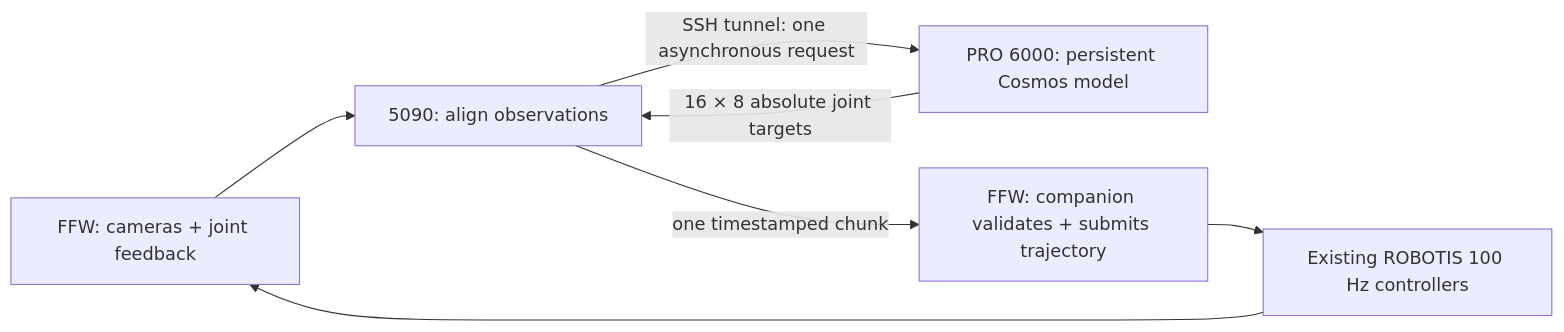
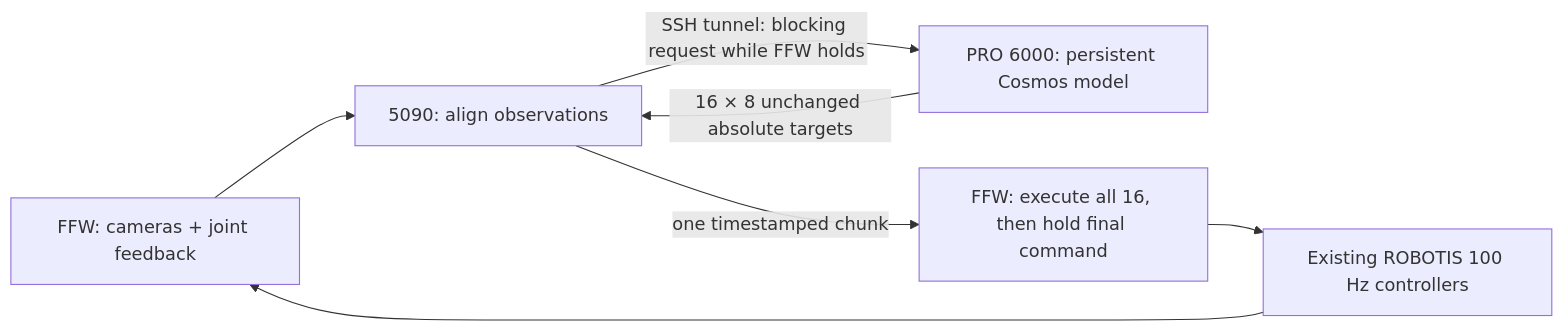
The diagram in docs/three_machine_pipeline.md (ssangjunpark/cosmos_inference_bg2), drawn with Mermaid before and after one commit. The commit also changed other lines of this file and 19 other files, not shown here.

````diff
--- a/docs/three_machine_pipeline.md
+++ b/docs/three_machine_pipeline.md
@@ -24,9 +24,9 @@
 ```mermaid
 flowchart LR
   F["FFW: cameras + joint feedback"] --> G["5090: align observations"]
-  G -->|"SSH tunnel: one asynchronous request"| P["PRO 6000: persistent Cosmos model"]
-  P -->|"16 × 8 absolute joint targets"| G
-  G -->|"one timestamped chunk"| C["FFW: companion validates + submits trajectory"]
+  G -->|"SSH tunnel: blocking request while FFW holds"| P["PRO 6000: persistent Cosmos model"]
+  P -->|"16 × 8 unchanged absolute targets"| G
+  G -->|"one timestamped chunk"| C["FFW: execute all 16, then hold final command"]
   C --> J["Existing ROBOTIS 100 Hz controllers"]
   J --> F
 ```
````
